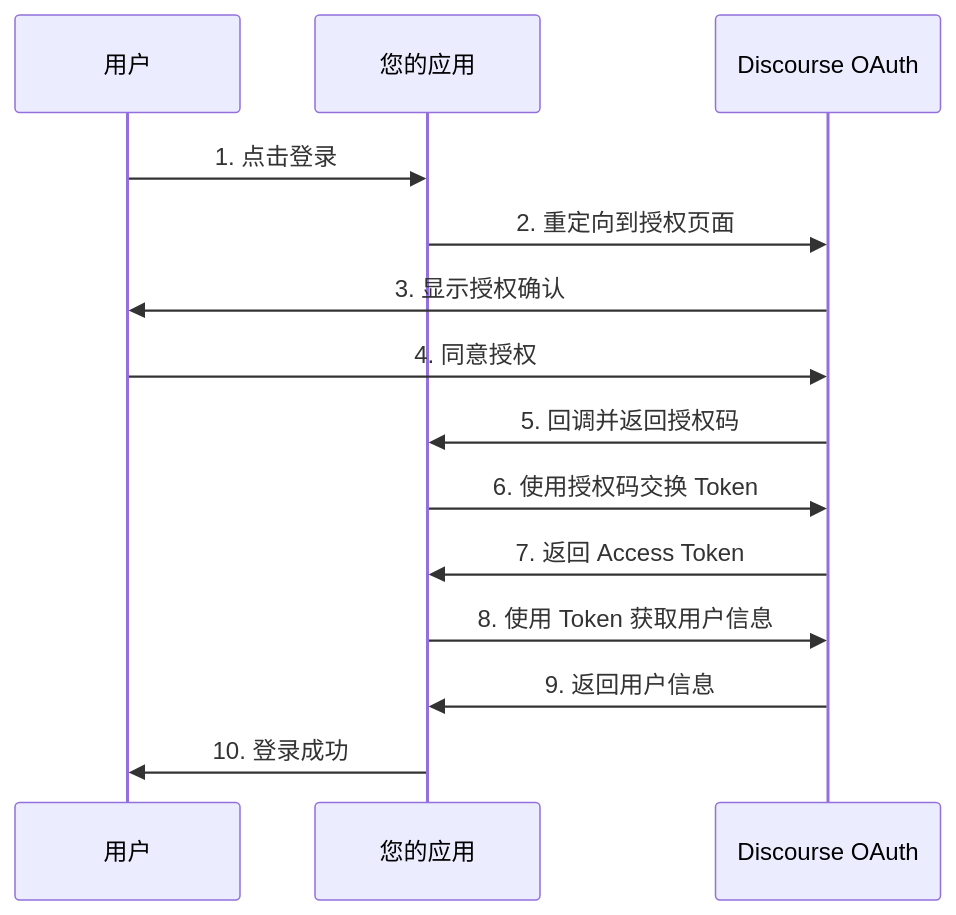
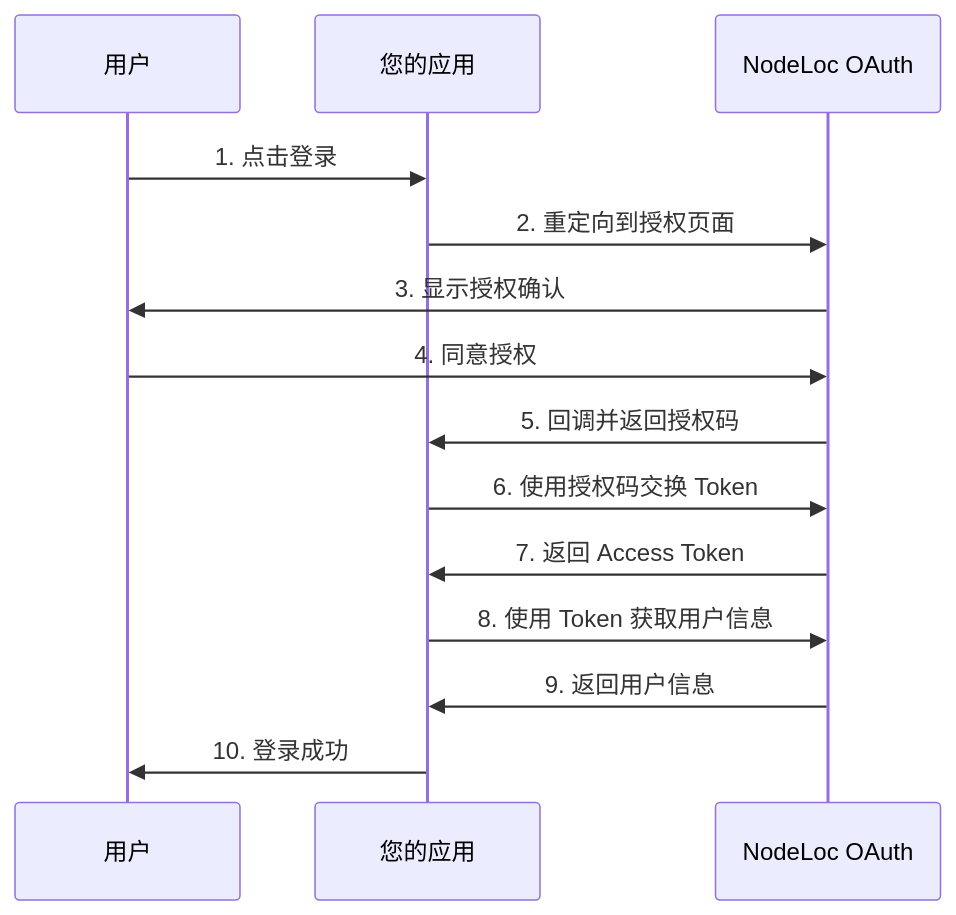
One commit to nodeloc/mintlify-docs changed the diagram in api-reference/introduction.mdx. Above: the diagram before and after it, drawn with Mermaid. The commit also changed other lines of this file, not shown here.

````diff
--- a/api-reference/introduction.mdx
+++ b/api-reference/introduction.mdx
@@ -53,17 +52,17 @@
 ```mermaid
 sequenceDiagram
     participant User as 用户
     participant App as 您的应用
-    participant Discourse as Discourse OAuth
+    participant NodeLoc as NodeLoc OAuth
     
     User->>App: 1. 点击登录
-    App->>Discourse: 2. 重定向到授权页面
-    Discourse->>User: 3. 显示授权确认
-    User->>Discourse: 4. 同意授权
-    Discourse->>App: 5. 回调并返回授权码
-    App->>Discourse: 6. 使用授权码交换 Token
-    Discourse->>App: 7. 返回 Access Token
-    App->>Discourse: 8. 使用 Token 获取用户信息
-    Discourse->>App: 9. 返回用户信息
+    App->>NodeLoc: 2. 重定向到授权页面
+    NodeLoc->>User: 3. 显示授权确认
+    User->>NodeLoc: 4. 同意授权
+    NodeLoc->>App: 5. 回调并返回授权码
+    App->>NodeLoc: 6. 使用授权码交换 Token
+    NodeLoc->>App: 7. 返回 Access Token
+    App->>NodeLoc: 8. 使用 Token 获取用户信息
+    NodeLoc->>App: 9. 返回用户信息
     App->>User: 10. 登录成功
 ```
````
